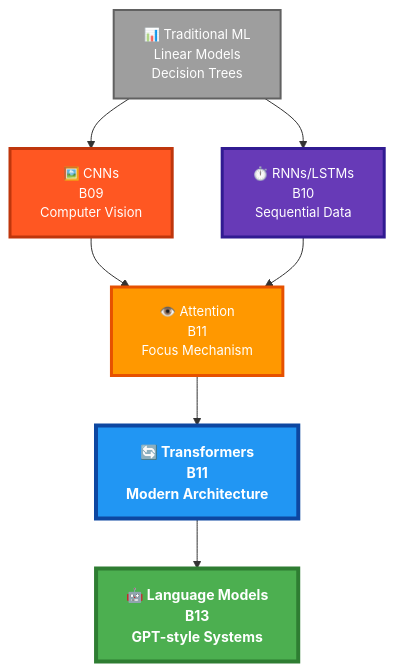
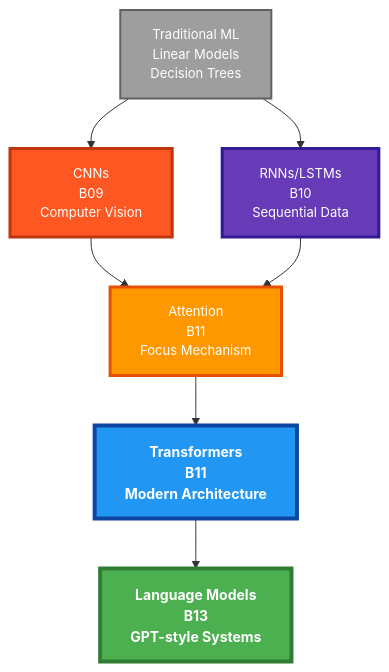
The fifth of 7 diagrams in MAI_STUDENT_GUIDE.md (nexageapps/AI), drawn with Mermaid before and after one commit. The commit also changed other lines of this file, not shown here.

````diff
--- a/MAI_STUDENT_GUIDE.md
+++ b/MAI_STUDENT_GUIDE.md
@@ -462,23 +462,23 @@
 ```mermaid
 graph TD
-    Traditional["📊 Traditional ML<br/>Linear Models<br/>Decision Trees"]:::traditional
-    CNN["🖼️ CNNs<br/>B09<br/>Computer Vision"]:::cnn
-    RNN["⏱️ RNNs/LSTMs<br/>B10<br/>Sequential Data"]:::rnn
-    Attention["👁️ Attention<br/>B11<br/>Focus Mechanism"]:::attention
-    Transformer["🔄 Transformers<br/>B11<br/>Modern Architecture"]:::transformer
-    LLM["🤖 Language Models<br/>B13<br/>GPT-style Systems"]:::llm
+    Traditional["Traditional ML<br/>Linear Models<br/>Decision Trees"]:::traditional
+    CNN["CNNs<br/>B09<br/>Computer Vision"]:::cnn
+    RNN["RNNs/LSTMs<br/>B10<br/>Sequential Data"]:::rnn
+    Attention["Attention<br/>B11<br/>Focus Mechanism"]:::attention
+    Transformer["Transformers<br/>B11<br/>Modern Architecture"]:::transformer
+    LLM["Language Models<br/>B13<br/>GPT-style Systems"]:::llm
     
     Traditional --> CNN
     Traditional --> RNN
     CNN --> Attention
     RNN --> Attention
     Attention --> Transformer
     Transformer --> LLM
     
     classDef traditional fill:#9E9E9E,stroke:#616161,stroke-width:2px,color:#fff,font-size:13px
     classDef cnn fill:#FF5722,stroke:#BF360C,stroke-width:3px,color:#fff,font-size:13px
     classDef rnn fill:#673AB7,stroke:#311B92,stroke-width:3px,color:#fff,font-size:13px
     classDef attention fill:#FF9800,stroke:#E65100,stroke-width:3px,color:#fff,font-size:13px
     classDef transformer fill:#2196F3,stroke:#0D47A1,stroke-width:4px,color:#fff,font-size:14px,font-weight:bold
     classDef llm fill:#4CAF50,stroke:#2E7D32,stroke-width:4px,color:#fff,font-size:14px,font-weight:bold
 ```
````
